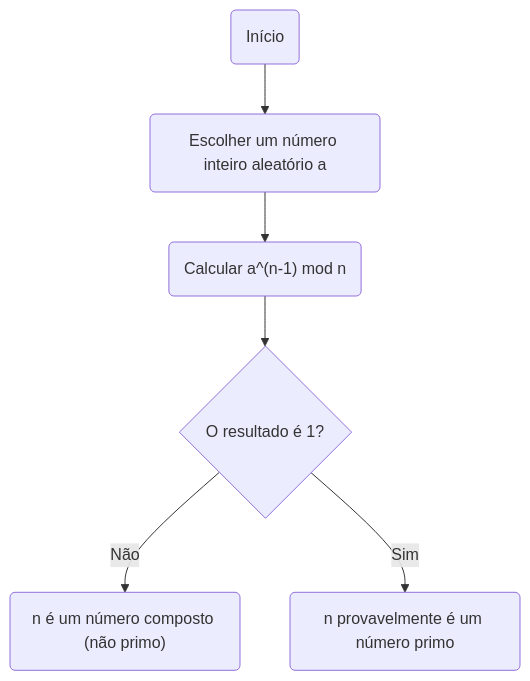
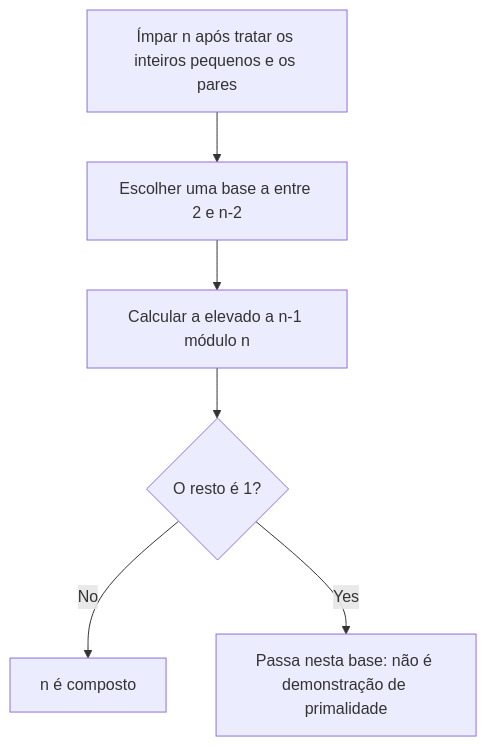
One commit to kenjinote/blog changed the first of 2 diagrams in content/post/fermats-little-theorem/index.pt.md. Above: the diagram before and after it, drawn with Mermaid. The commit also changed other lines of this file and 5 other files, not shown here.

````diff
--- a/content/post/fermats-little-theorem/index.pt.md
+++ b/content/post/fermats-little-theorem/index.pt.md
@@ -84,8 +56,8 @@
 ```mermaid
 flowchart TD
-    Start("Início") --> ChooseA("Escolher um número inteiro aleatório a")
-    ChooseA --> Calc("Calcular a^(n-1) mod n")
-    Calc --> Check{"O resultado é 1?"}
-    Check -- "Não" --> Composite("n é um número composto (não primo)")
-    Check -- "Sim" --> ProbPrime("n provavelmente é um número primo")
+    Input["Ímpar n após tratar os inteiros pequenos e os pares"] --> Choose["Escolher uma base a entre 2 e n-2"]
+    Choose --> Calc["Calcular a elevado a n-1 módulo n"]
+    Calc --> Check{"O resto é 1?"}
+    Check -- No --> Composite["n é composto"]
+    Check -- Yes --> Pass["Passa nesta base: não é demonstração de primalidade"]
 ```
````
